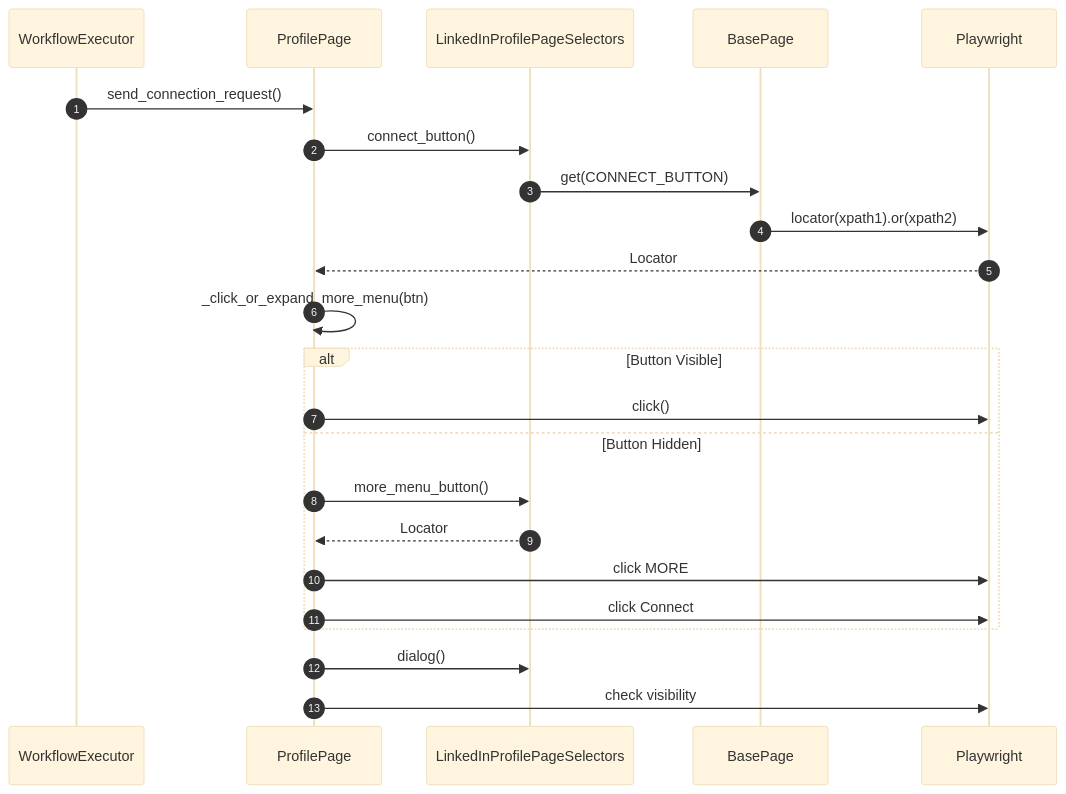
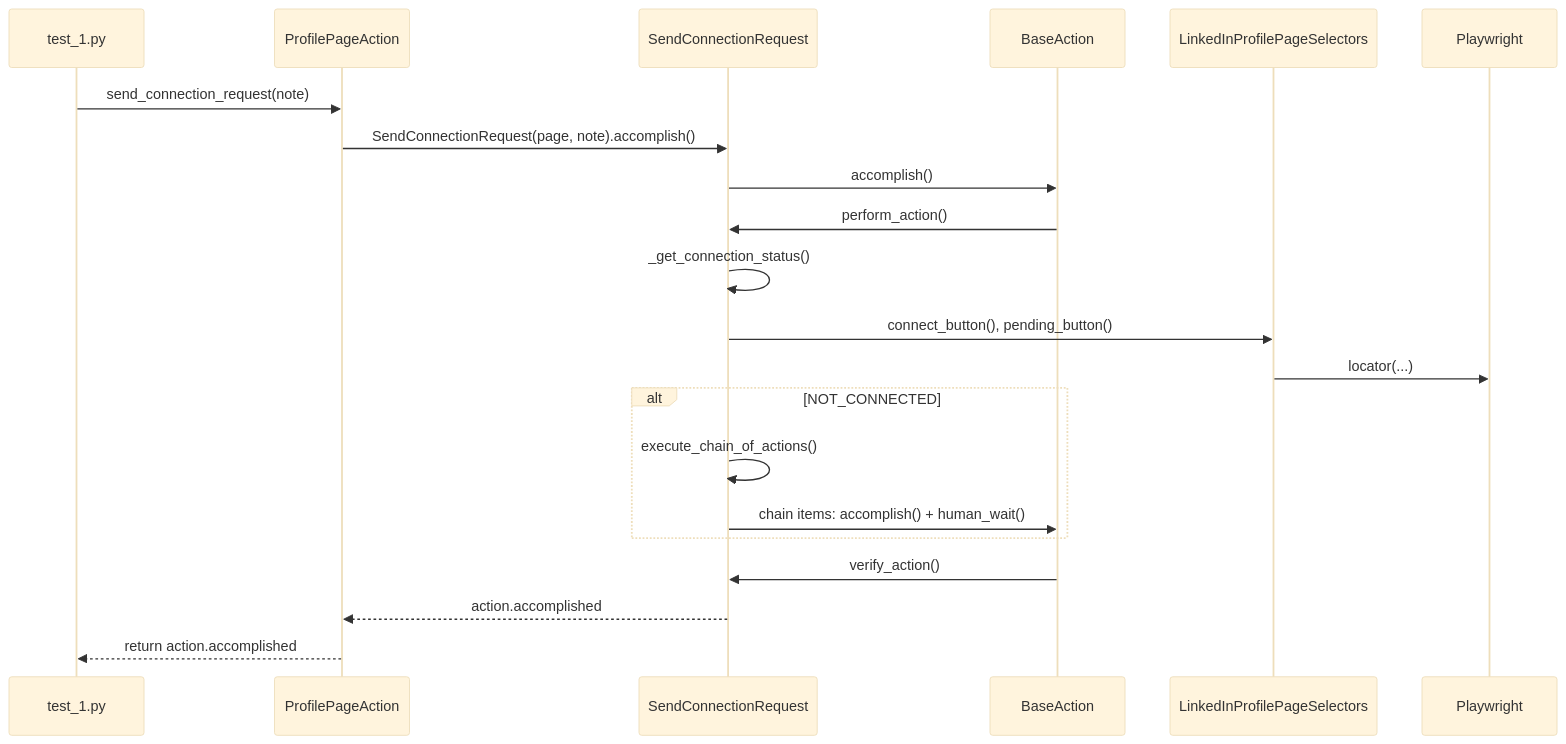
The second of 2 diagrams in core/Node/Nodes/Browser/automation/architecture.md (Roshan-yadav-evil-genius/TheOneEye-Backend), drawn with Mermaid (base theme) before and after one commit. The commit also changed other lines of this file and 31 other files, not shown here.

First line of the commit message:
Refactor LinkedIn automation architecture and introduce core components

````diff
--- a/core/Node/Nodes/Browser/automation/architecture.md
+++ b/core/Node/Nodes/Browser/automation/architecture.md
@@ -105,30 +118,24 @@
 ```mermaid
 sequenceDiagram
-    autonumber
-    
-    participant User as WorkflowExecutor
-    participant Logic as ProfilePage
-    participant Selectors as LinkedInProfilePageSelectors
-    participant Base as BasePage
-    participant Playwright
-    
-    User->>Logic: send_connection_request()
-    Logic->>Selectors: connect_button()
-    Selectors->>Base: get(CONNECT_BUTTON)
-    Base->>Playwright: locator(xpath1).or(xpath2)
-    Playwright-->>Logic: Locator
-    
-    Logic->>Logic: _click_or_expand_more_menu(btn)
-    
-    alt Button Visible
-        Logic->>Playwright: click()
-    else Button Hidden
-        Logic->>Selectors: more_menu_button()
-        Selectors-->>Logic: Locator
-        Logic->>Playwright: click MORE
-        Logic->>Playwright: click Connect
-    end
-    
-    Logic->>Selectors: dialog()
-    Logic->>Playwright: check visibility
+  participant Caller as test_1.py
+  participant ProfilePage as ProfilePageAction
+  participant Action as SendConnectionRequest
+  participant Base as BaseAction
+  participant Selectors as LinkedInProfilePageSelectors
+  participant Playwright as Playwright
+
+  Caller->>ProfilePage: send_connection_request(note)
+  ProfilePage->>Action: SendConnectionRequest(page, note).accomplish()
+  Action->>Base: accomplish()
+  Base->>Action: perform_action()
+  Action->>Action: _get_connection_status()
+  Action->>Selectors: connect_button(), pending_button()
+  Selectors->>Playwright: locator(...)
+  alt NOT_CONNECTED
+    Action->>Action: execute_chain_of_actions()
+    Action->>Base: chain items: accomplish() + human_wait()
+  end
+  Base->>Action: verify_action()
+  Action-->>ProfilePage: action.accomplished
+  ProfilePage-->>Caller: return action.accomplished
 ```
````
